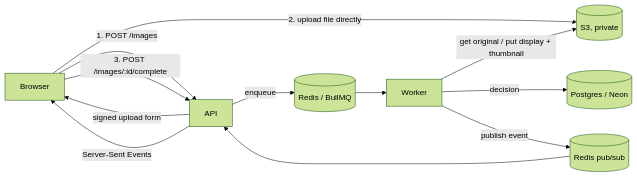
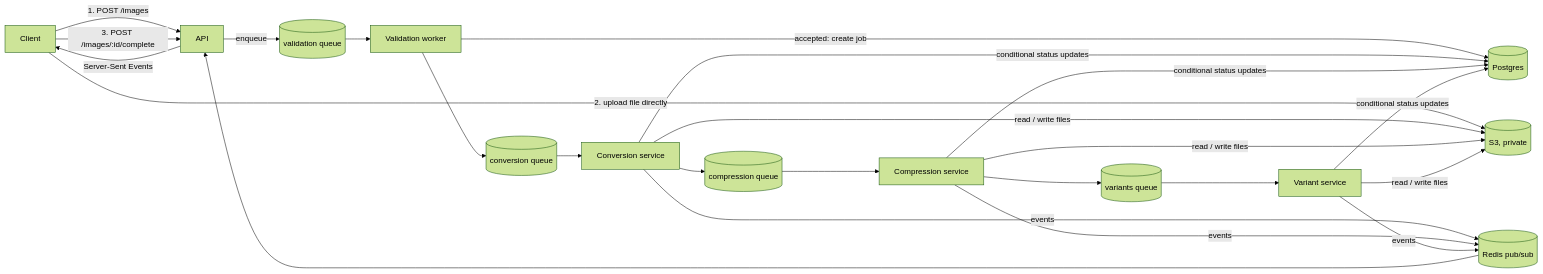
Before and after one commit to Anurag7676/aragon-backend: the diagram in README.md, drawn with Mermaid (forest theme). The commit also changed other lines of this file and 8 other files, not shown here.

````diff
--- a/README.md
+++ b/README.md
@@ -11,14 +17,19 @@
 ```mermaid
 flowchart LR
-  B[Browser] -- "1. POST /images" --> API
-  API -- signed upload form --> B
+  B[Client] -- "1. POST /images" --> API
   B -- "2. upload file directly" --> S3[(S3, private)]
   B -- "3. POST /images/:id/complete" --> API
-  API -- enqueue --> Q[(Redis / BullMQ)]
-  Q --> W[Worker]
-  W -- get original / put display + thumbnail --> S3
-  W -- decision --> PG[(Postgres / Neon)]
-  W -- publish event --> R[(Redis pub/sub)]
-  R --> API
-  API -- "Server-Sent Events" --> B
+  API -- enqueue --> QV[(validation queue)]
+  QV --> V[Validation worker]
+  V -- "accepted: create job" --> PG[(Postgres)]
+  V --> QC[(conversion queue)]
+  QC --> C[Conversion service]
+  C --> QK[(compression queue)]
+  QK --> K[Compression service]
+  K --> QR[(variants queue)]
+  QR --> R[Variant service]
+  C & K & R -- "read / write files" --> S3
+  C & K & R -- "conditional status updates" --> PG
+  C & K & R -- events --> PS[(Redis pub/sub)]
+  PS --> API -- "Server-Sent Events" --> B
 ```
````
